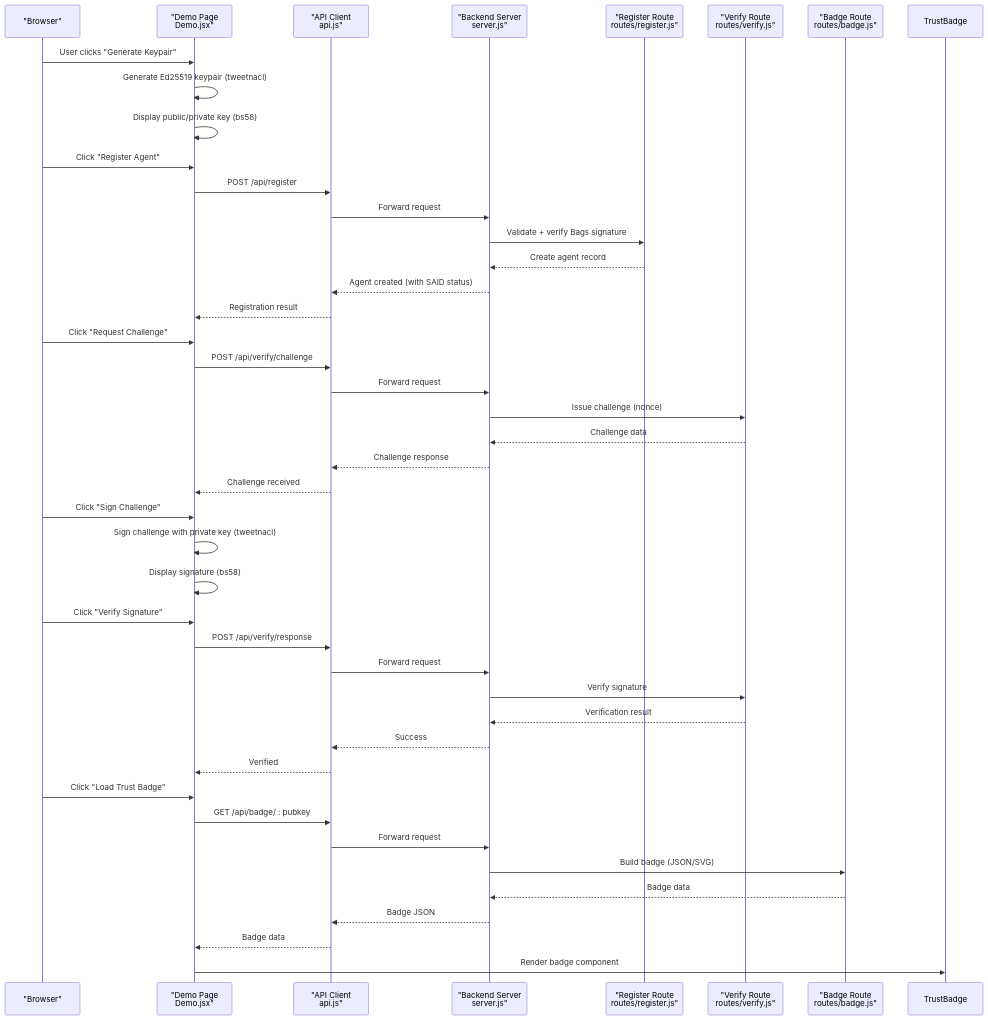
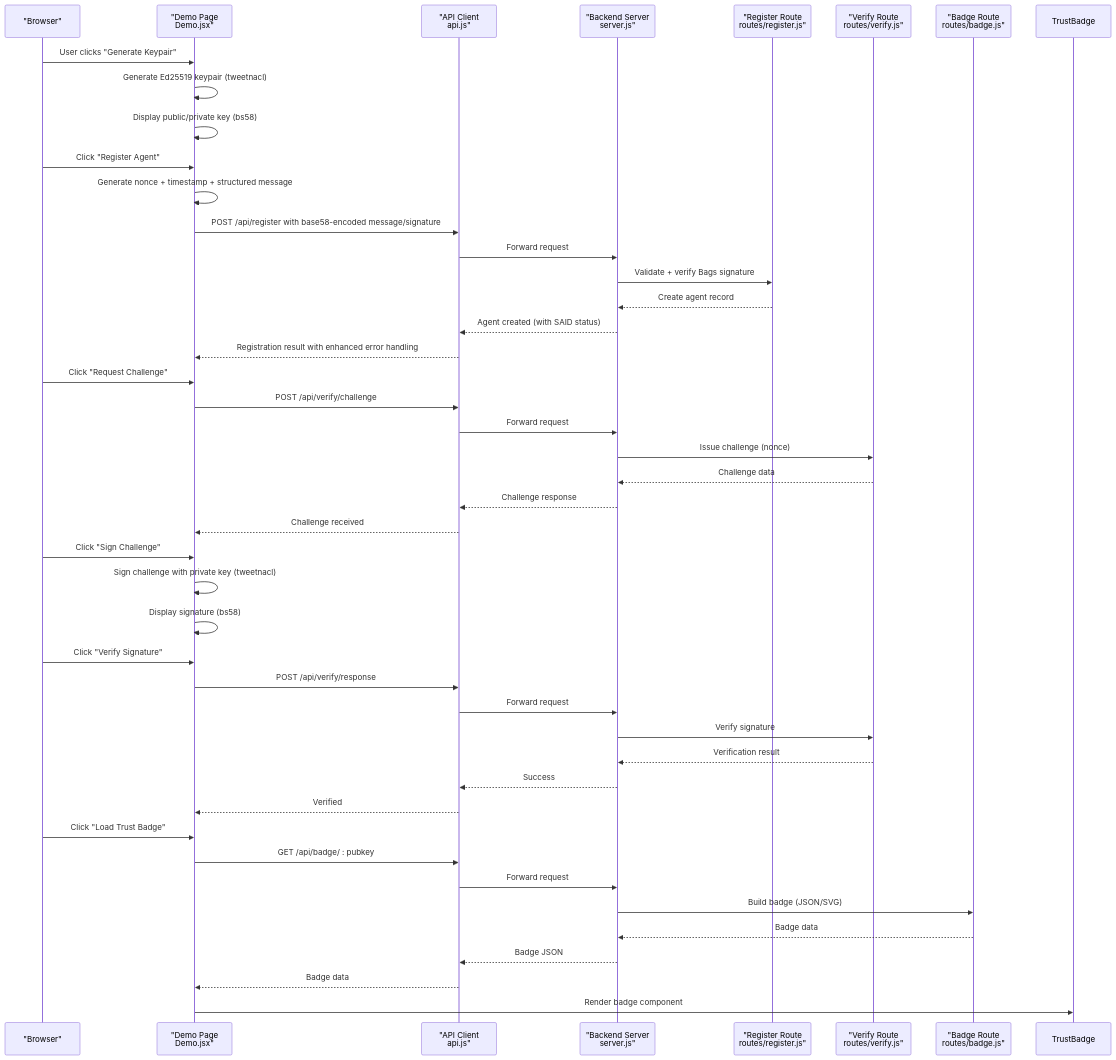
One commit to RunTimeAdmin/AgentID changed the second of 7 diagrams in .qoder/repowiki/en/content/Frontend Application/Page Components/Demo Page.md. Above: the diagram before and after it, drawn with Mermaid. The commit also changed other lines of this file and 31 other files, not shown here.

````diff
--- a/.qoder/repowiki/en/content/Frontend Application/Page Components/Demo Page.md
+++ b/.qoder/repowiki/en/content/Frontend Application/Page Components/Demo Page.md
@@ -112,45 +127,46 @@
 ```mermaid
 sequenceDiagram
 participant Browser as "Browser"
 participant Demo as "Demo Page<br/>Demo.jsx"
 participant API as "API Client<br/>api.js"
 participant BE as "Backend Server<br/>server.js"
 participant Reg as "Register Route<br/>routes/register.js"
 participant Ver as "Verify Route<br/>routes/verify.js"
 participant Bad as "Badge Route<br/>routes/badge.js"
 Browser->>Demo : User clicks "Generate Keypair"
 Demo->>Demo : Generate Ed25519 keypair (tweetnacl)
 Demo->>Demo : Display public/private key (bs58)
 Browser->>Demo : Click "Register Agent"
-Demo->>API : POST /api/register
+Demo->>Demo : Generate nonce + timestamp + structured message
+Demo->>API : POST /api/register with base58-encoded message/signature
 API->>BE : Forward request
 BE->>Reg : Validate + verify Bags signature
 Reg-->>BE : Create agent record
 BE-->>API : Agent created (with SAID status)
-API-->>Demo : Registration result
+API-->>Demo : Registration result with enhanced error handling
 Browser->>Demo : Click "Request Challenge"
 Demo->>API : POST /api/verify/challenge
 API->>BE : Forward request
 BE->>Ver : Issue challenge (nonce)
 Ver-->>BE : Challenge data
 BE-->>API : Challenge response
 API-->>Demo : Challenge received
 Browser->>Demo : Click "Sign Challenge"
 Demo->>Demo : Sign challenge with private key (tweetnacl)
 Demo->>Demo : Display signature (bs58)
 Browser->>Demo : Click "Verify Signature"
 Demo->>API : POST /api/verify/response
 API->>BE : Forward request
 BE->>Ver : Verify signature
 Ver-->>BE : Verification result
 BE-->>API : Success
 API-->>Demo : Verified
 Browser->>Demo : Click "Load Trust Badge"
 Demo->>API : GET /api/badge/ : pubkey
 API->>BE : Forward request
 BE->>Bad : Build badge (JSON/SVG)
 Bad-->>BE : Badge data
 BE-->>API : Badge JSON
 API-->>Demo : Badge data
 Demo->>TrustBadge : Render badge component
 ```
````
